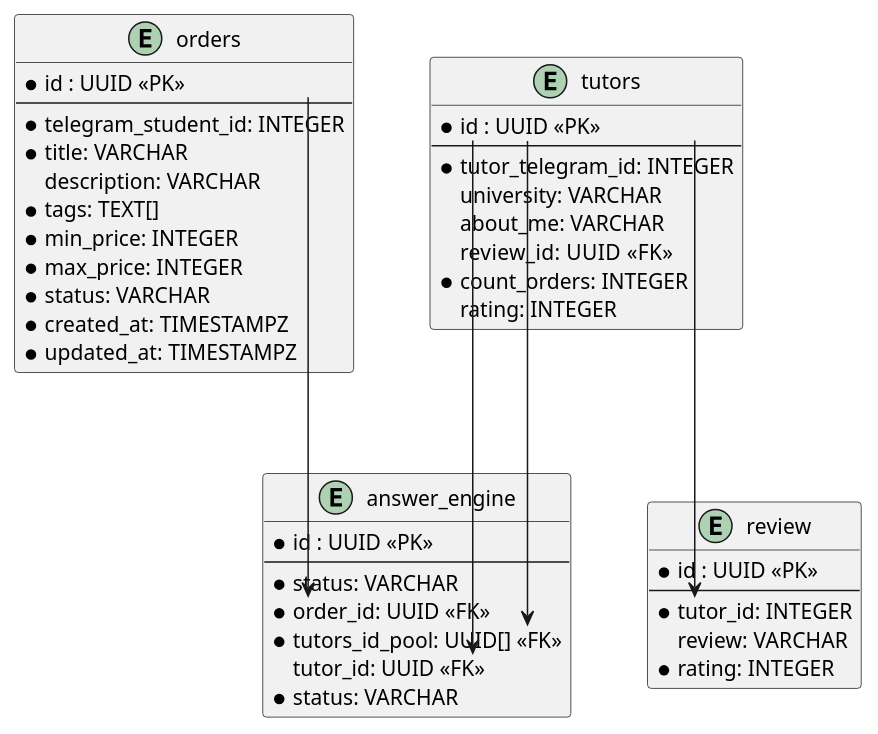
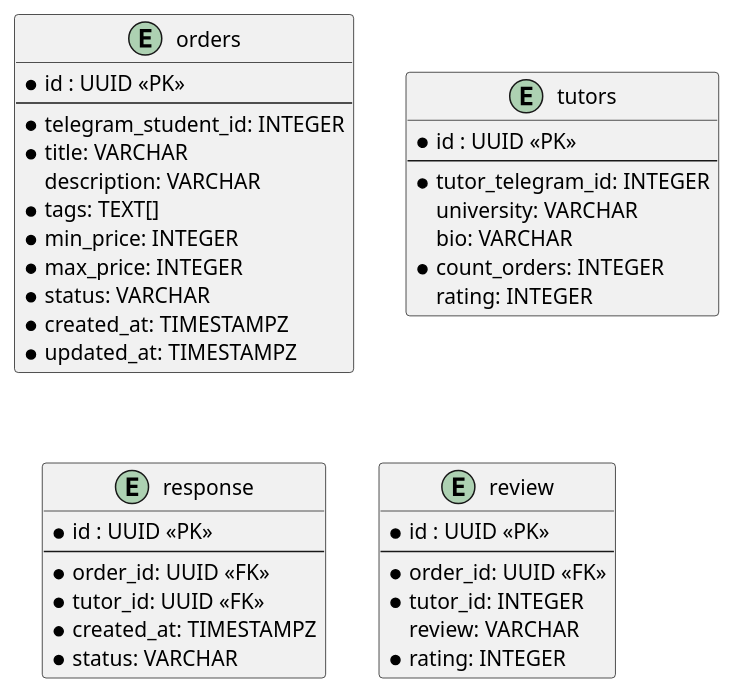
Before and after one commit to randnull/Lessons: the diagram in docs/DB_er_diagram/LessonsDB.puml, drawn with PlantUML. The commit also changed 25 other files, not shown here.

```diff
--- a/docs/DB_er_diagram/LessonsDB.puml
+++ b/docs/DB_er_diagram/LessonsDB.puml
@@ -1,53 +1,52 @@
 @startuml er-diagram
 
 skinparam linetype ortho
 
 entity "orders" as orders_table {
   *id : UUID <<PK>>
   --
   *telegram_student_id: INTEGER
   *title: VARCHAR
   description: VARCHAR
   *tags: TEXT[]
   *min_price: INTEGER
   *max_price: INTEGER
   *status: VARCHAR
   *created_at: TIMESTAMPZ
   *updated_at: TIMESTAMPZ
 }
 
 entity "tutors" as tutors_table {
   *id : UUID <<PK>>
   --
   *tutor_telegram_id: INTEGER
   university: VARCHAR
-  about_me: VARCHAR
-  review_id:  UUID <<FK>>
+  bio: VARCHAR
   *count_orders: INTEGER
   rating: INTEGER
 }
 
-entity "answer_engine" as answer_engine_table {
+entity "response" as answer_engine_table {
   *id : UUID <<PK>>
   --
-  *status: VARCHAR
   *order_id: UUID <<FK>>
-  *tutors_id_pool: UUID[] <<FK>>
-  tutor_id: UUID <<FK>>
+  *tutor_id: UUID <<FK>>
+  *created_at: TIMESTAMPZ
   *status: VARCHAR
 }
 
 entity "review" as review_table {
   *id : UUID <<PK>>
   --
+  *order_id: UUID <<FK>>
   *tutor_id: INTEGER
   review: VARCHAR
   *rating: INTEGER
 }
 
 ' Relationships
-orders_table::id --> answer_engine_table::order_id
-tutors_table::id --> answer_engine_table::tutor_id
-tutors_table::id --> answer_engine_table::tutors_id_pool
-tutors_table::id --> review_table::tutor_id
+'orders_table::id --> answer_engine_table::order_id
+'tutors_table::id --> answer_engine_table::tutor_id
+'tutors_table::id --> answer_engine_table::tutors_id_pool
+'tutors_table::id --> review_table::tutor_id
 @enduml
```
